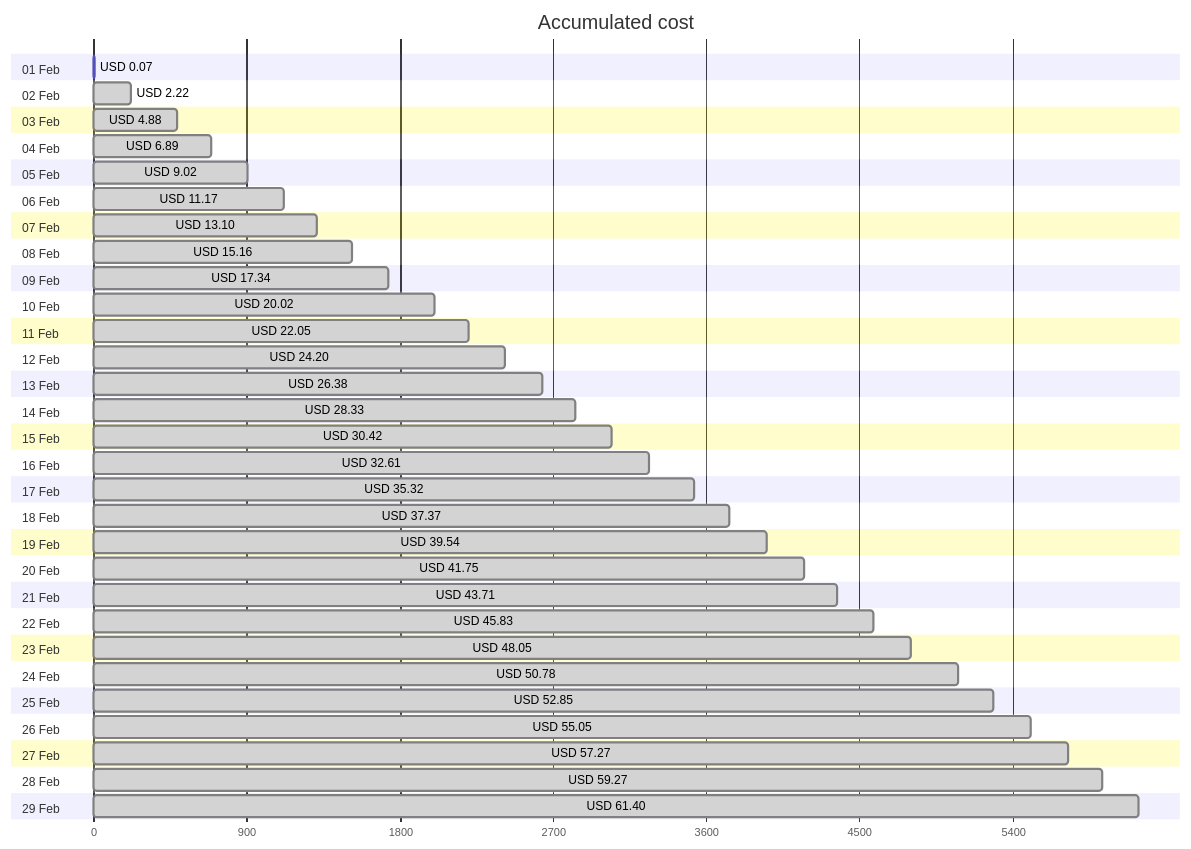
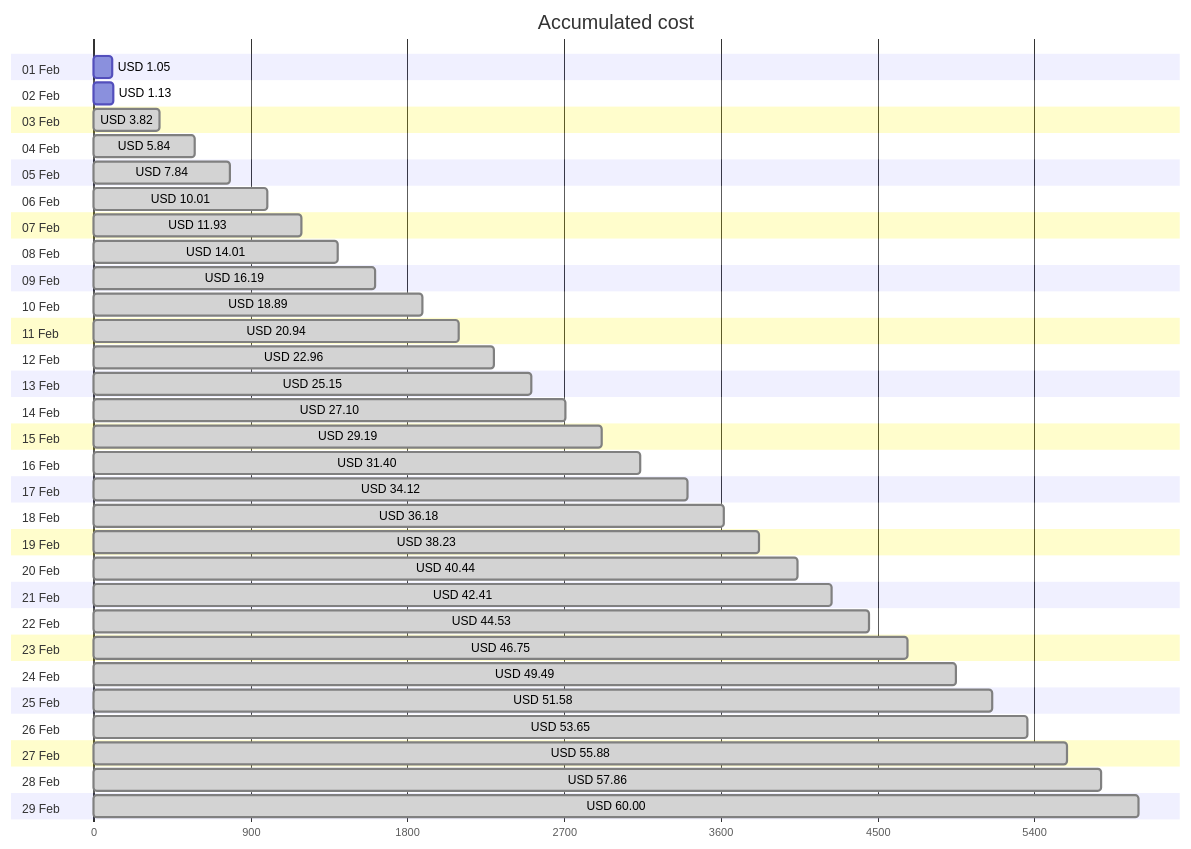
One commit to jpfulton/azure-personal-reports changed the first of 4 diagrams in cost-reports/personal-network/README.md. Above: the diagram before and after it, drawn with Mermaid. The commit also changed other lines of this file and 8 other files, not shown here.

````diff
--- a/cost-reports/personal-network/README.md
+++ b/cost-reports/personal-network/README.md
@@ -20,64 +20,64 @@
 ```mermaid
 gantt
    title Accumulated cost
    dateFormat  X
    axisFormat %s
    section 01 Feb
-   USD 0.07 :0, 7
+   USD 1.05 :0, 105
    section 02 Feb
-   USD 2.22 : done, 0, 222
+   USD 1.13 :0, 113
    section 03 Feb
-   USD 4.88 : done, 0, 488
+   USD 3.82 : done, 0, 382
    section 04 Feb
-   USD 6.89 : done, 0, 689
+   USD 5.84 : done, 0, 584
    section 05 Feb
-   USD 9.02 : done, 0, 902
+   USD 7.84 : done, 0, 784
    section 06 Feb
-   USD 11.17 : done, 0, 1117
+   USD 10.01 : done, 0, 1001
    section 07 Feb
-   USD 13.10 : done, 0, 1310
+   USD 11.93 : done, 0, 1193
    section 08 Feb
-   USD 15.16 : done, 0, 1516
+   USD 14.01 : done, 0, 1401
    section 09 Feb
-   USD 17.34 : done, 0, 1734
+   USD 16.19 : done, 0, 1619
    section 10 Feb
-   USD 20.02 : done, 0, 2002
+   USD 18.89 : done, 0, 1889
    section 11 Feb
-   USD 22.05 : done, 0, 2205
+   USD 20.94 : done, 0, 2094
    section 12 Feb
-   USD 24.20 : done, 0, 2420
+   USD 22.96 : done, 0, 2296
    section 13 Feb
-   USD 26.38 : done, 0, 2638
+   USD 25.15 : done, 0, 2515
    section 14 Feb
-   USD 28.33 : done, 0, 2833
+   USD 27.10 : done, 0, 2710
    section 15 Feb
-   USD 30.42 : done, 0, 3042
+   USD 29.19 : done, 0, 2919
    section 16 Feb
-   USD 32.61 : done, 0, 3261
+   USD 31.40 : done, 0, 3140
    section 17 Feb
-   USD 35.32 : done, 0, 3532
+   USD 34.12 : done, 0, 3412
    section 18 Feb
-   USD 37.37 : done, 0, 3737
+   USD 36.18 : done, 0, 3618
    section 19 Feb
-   USD 39.54 : done, 0, 3954
+   USD 38.23 : done, 0, 3823
    section 20 Feb
-   USD 41.75 : done, 0, 4175
+   USD 40.44 : done, 0, 4044
    section 21 Feb
-   USD 43.71 : done, 0, 4371
+   USD 42.41 : done, 0, 4241
    section 22 Feb
-   USD 45.83 : done, 0, 4583
+   USD 44.53 : done, 0, 4453
    section 23 Feb
-   USD 48.05 : done, 0, 4805
+   USD 46.75 : done, 0, 4675
    section 24 Feb
-   USD 50.78 : done, 0, 5078
+   USD 49.49 : done, 0, 4949
    section 25 Feb
-   USD 52.85 : done, 0, 5285
+   USD 51.58 : done, 0, 5158
    section 26 Feb
-   USD 55.05 : done, 0, 5505
+   USD 53.65 : done, 0, 5365
    section 27 Feb
-   USD 57.27 : done, 0, 5727
+   USD 55.88 : done, 0, 5588
    section 28 Feb
-   USD 59.27 : done, 0, 5927
+   USD 57.86 : done, 0, 5786
    section 29 Feb
-   USD 61.40 : done, 0, 6140
+   USD 60.00 : done, 0, 6000
 ```
````
